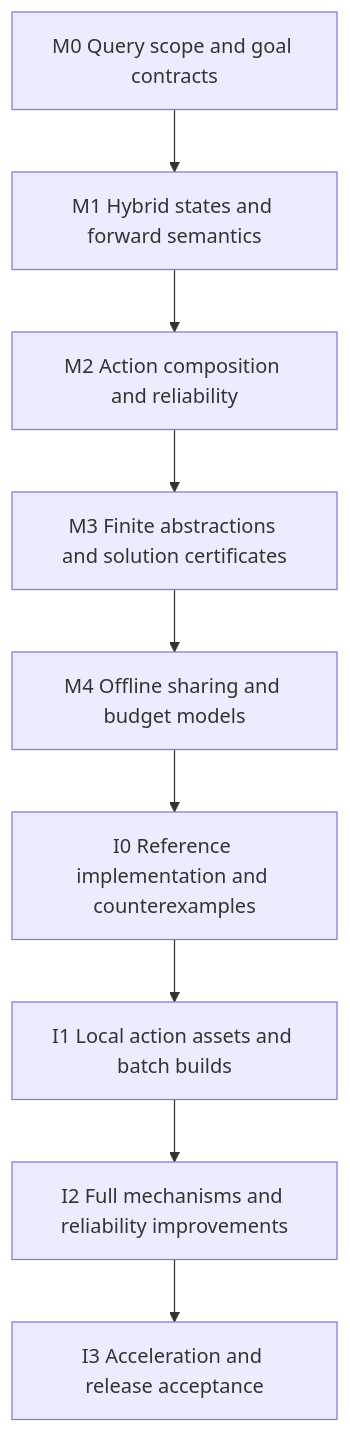
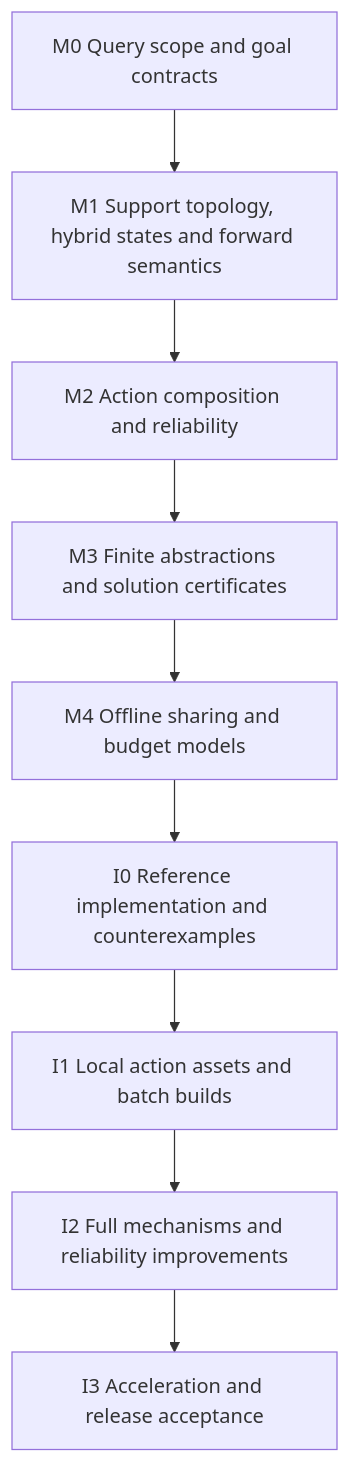
One commit to Terra-Online/Ganglia changed the diagram in docs/architecture.md. Above: the diagram before and after it, drawn with Mermaid. The commit also changed other lines of this file and 2 other files, not shown here.

````diff
--- a/docs/architecture.md
+++ b/docs/architecture.md
@@ -551,11 +559,11 @@
 ```mermaid
 flowchart TD
-    M0["M0 Query scope and goal contracts"] --> M1["M1 Hybrid states and forward semantics"]
+    M0["M0 Query scope and goal contracts"] --> M1["M1 Support topology, hybrid states and forward semantics"]
     M1 --> M2["M2 Action composition and reliability"]
     M2 --> M3["M3 Finite abstractions and solution certificates"]
     M3 --> M4["M4 Offline sharing and budget models"]
     M4 --> I0["I0 Reference implementation and counterexamples"]
     I0 --> I1["I1 Local action assets and batch builds"]
     I1 --> I2["I2 Full mechanisms and reliability improvements"]
     I2 --> I3["I3 Acceleration and release acceptance"]
 ```
````
